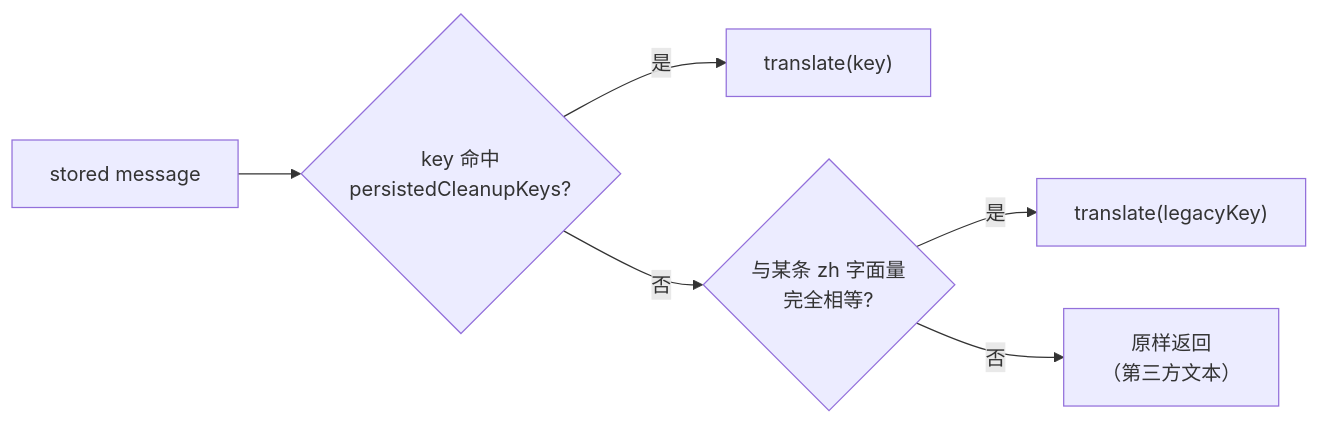
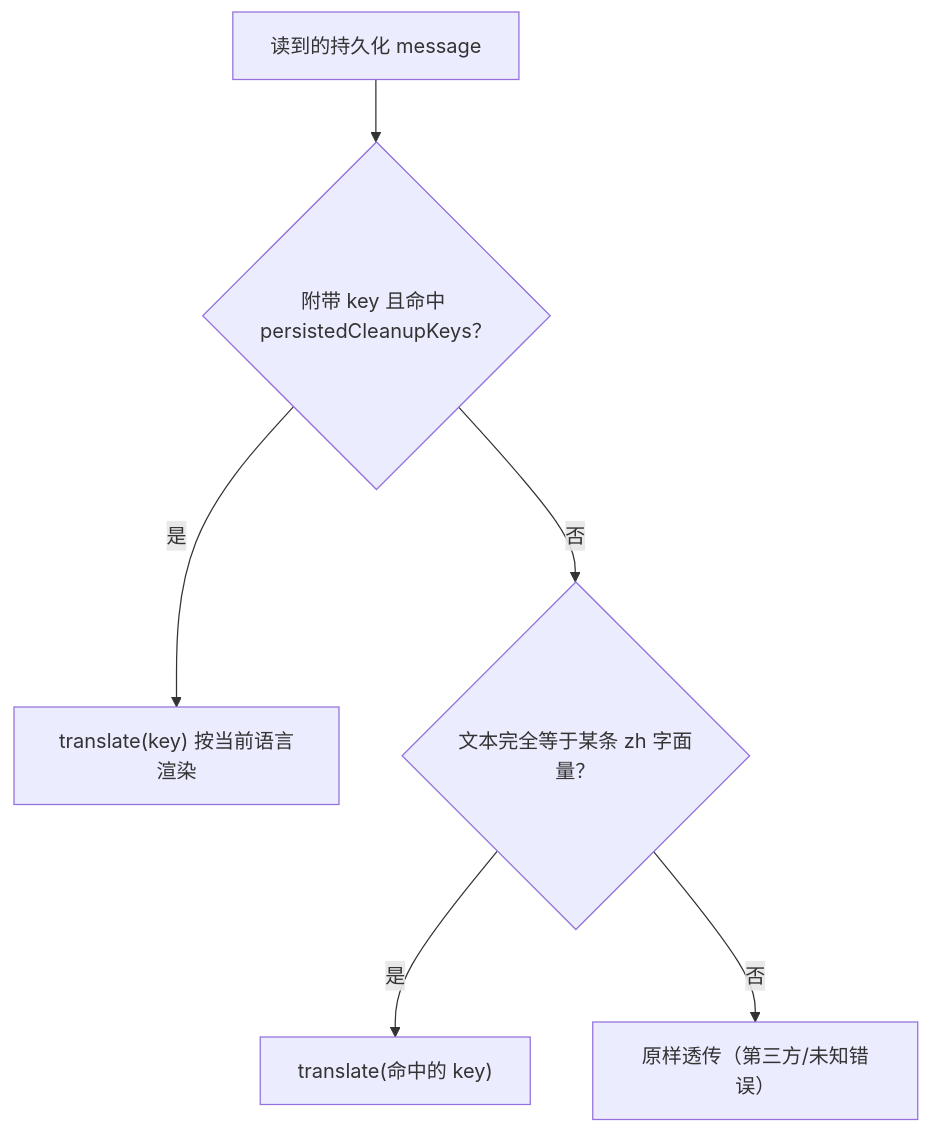
The fourth of 5 diagrams in .codewiki/modules/i18n.md (ikliml666/dsh-git-workspace), drawn with Mermaid before and after one commit. The commit also changed other lines of this file and 117 other files, not shown here.

````diff
--- a/.codewiki/modules/i18n.md
+++ b/.codewiki/modules/i18n.md
@@ -243,8 +332,8 @@
 ```mermaid
-flowchart LR
-  M["stored message"] --> K{"key 命中<br/>persistedCleanupKeys?"}
-  K -->|是| T1["translate(key)"]
-  K -->|否| Z{"与某条 zh 字面量<br/>完全相等?"}
-  Z -->|是| T2["translate(legacyKey)"]
-  Z -->|否| Raw["原样返回<br/>（第三方文本）"]
+flowchart TB
+  IN["读到的持久化 message"] --> K{"附带 key 且命中 persistedCleanupKeys？"}
+  K -->|是| TR["translate(key) 按当前语言渲染"]
+  K -->|否| ZH{"文本完全等于某条 zh 字面量？"}
+  ZH -->|是| TR2["translate(命中的 key)"]
+  ZH -->|否| PASS["原样透传（第三方/未知错误）"]
 ```
````
